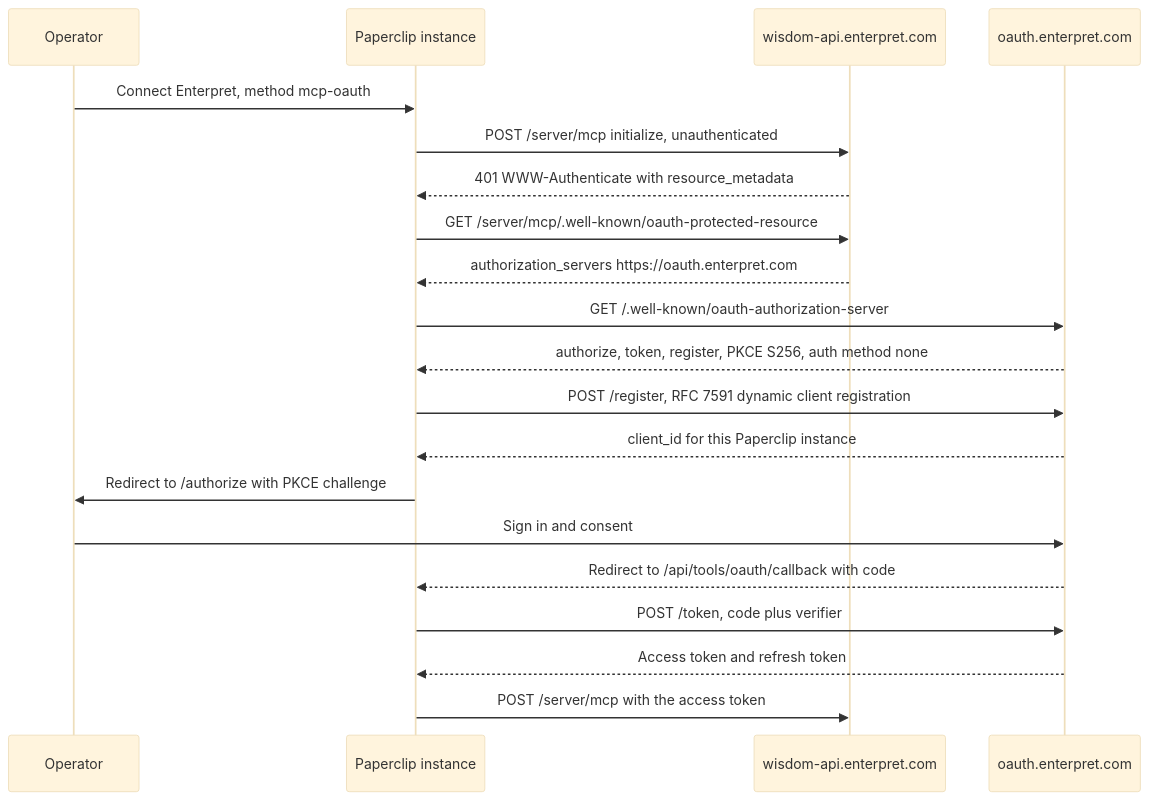
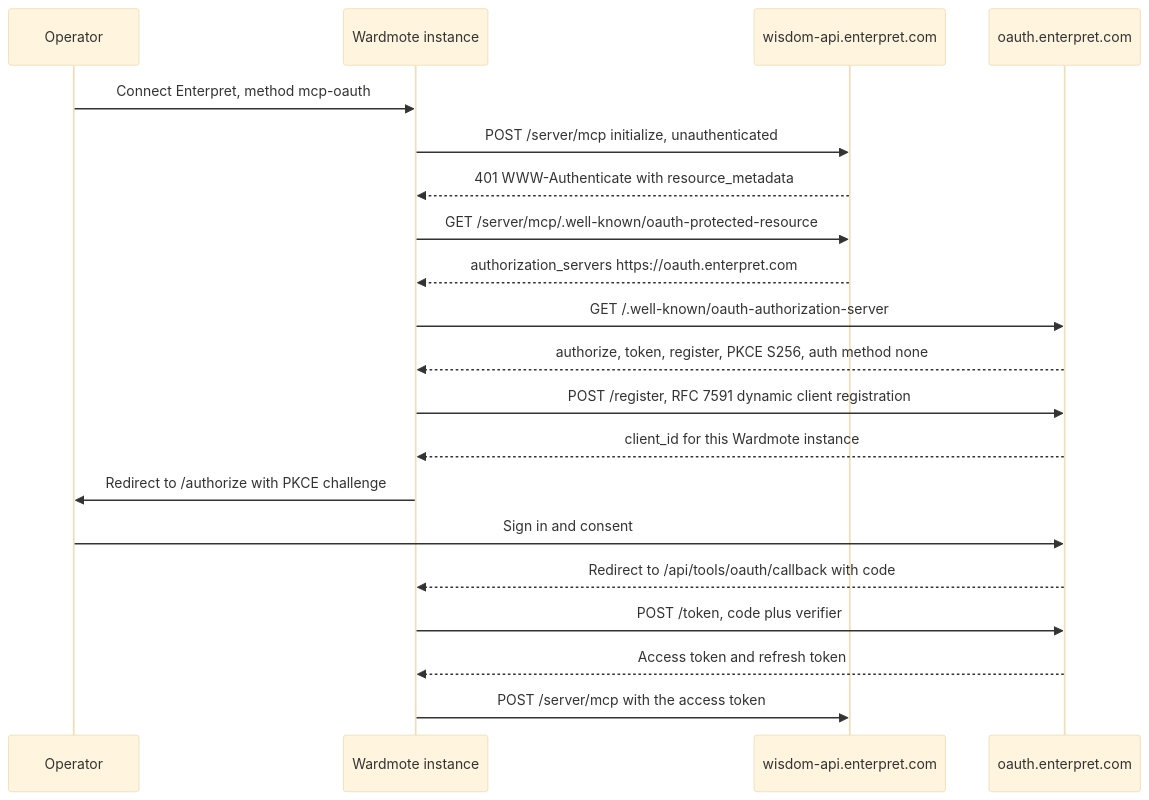
The diagram in doc/connections/ENTERPRET.md (tickernelz/paperclip-pro), drawn with Mermaid (base theme) before and after one commit. The commit also changed other lines of this file and 217 other files, not shown here.

````diff
--- a/doc/connections/ENTERPRET.md
+++ b/doc/connections/ENTERPRET.md
@@ -96,22 +96,22 @@
 ```mermaid
 sequenceDiagram
     participant O as Operator
-    participant P as Paperclip instance
+    participant P as Wardmote instance
     participant R as wisdom-api.enterpret.com
     participant A as oauth.enterpret.com
     O->>P: Connect Enterpret, method mcp-oauth
     P->>R: POST /server/mcp initialize, unauthenticated
     R-->>P: 401 WWW-Authenticate with resource_metadata
     P->>R: GET /server/mcp/.well-known/oauth-protected-resource
     R-->>P: authorization_servers https://oauth.enterpret.com
     P->>A: GET /.well-known/oauth-authorization-server
     A-->>P: authorize, token, register, PKCE S256, auth method none
     P->>A: POST /register, RFC 7591 dynamic client registration
-    A-->>P: client_id for this Paperclip instance
+    A-->>P: client_id for this Wardmote instance
     P->>O: Redirect to /authorize with PKCE challenge
     O->>A: Sign in and consent
     A-->>P: Redirect to /api/tools/oauth/callback with code
     P->>A: POST /token, code plus verifier
     A-->>P: Access token and refresh token
     P->>R: POST /server/mcp with the access token
 ```
````
